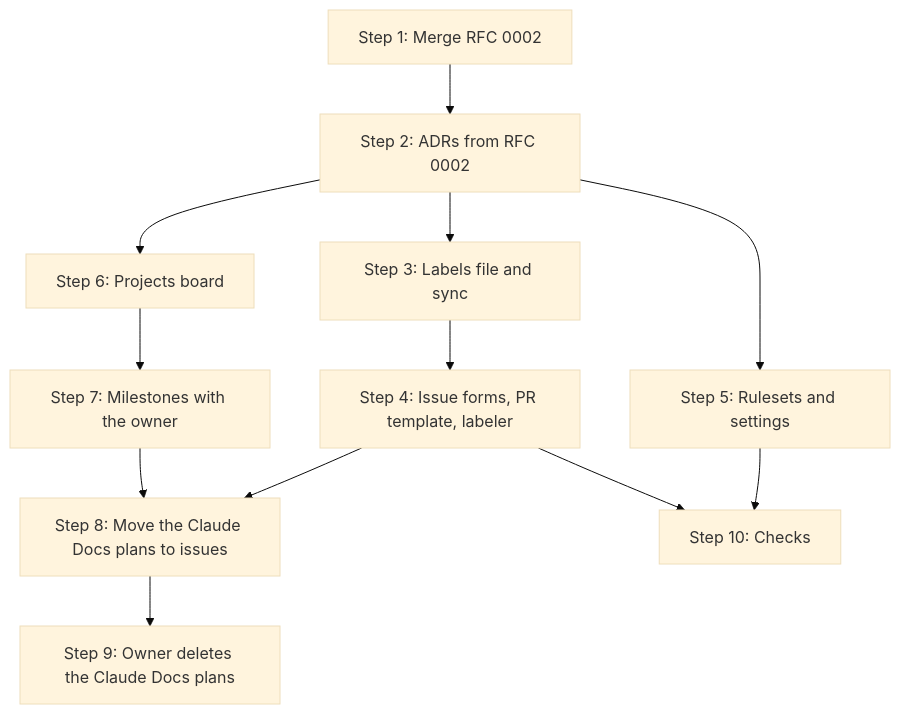
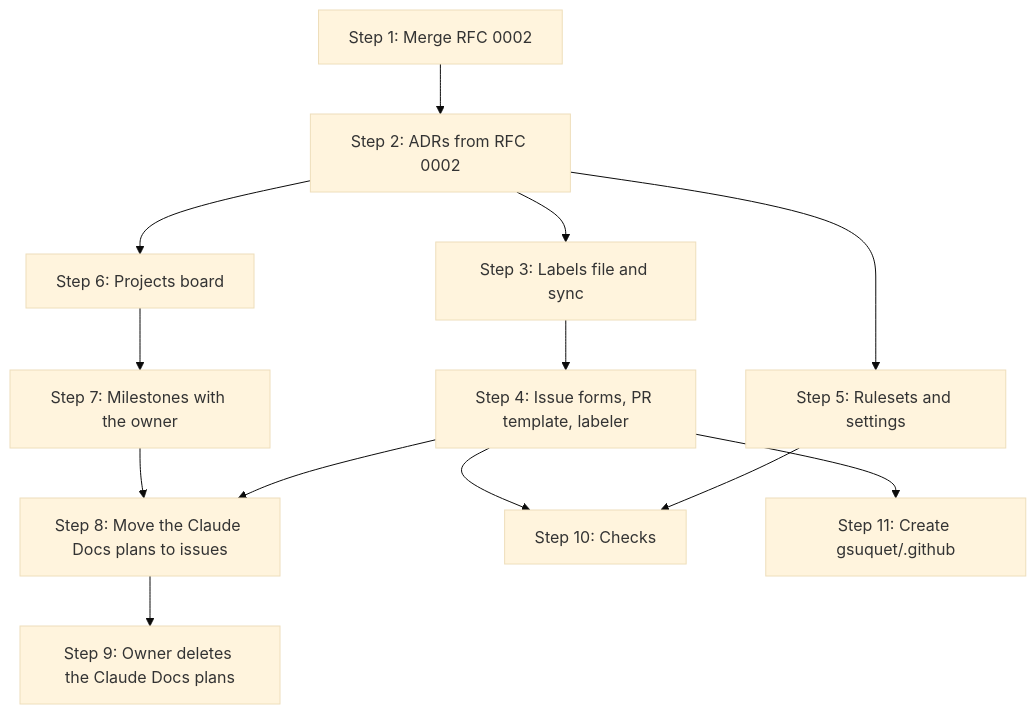
Before and after one commit to gsuquet/homelab: the seventh of 7 diagrams in docs/records/rfcs/0002-how-we-work.md, drawn with Mermaid (base theme). The commit also changed other lines of this file, not shown here.

````diff
--- a/docs/records/rfcs/0002-how-we-work.md
+++ b/docs/records/rfcs/0002-how-we-work.md
@@ -609,14 +615,15 @@
 ```mermaid
 flowchart TD
     A[Step 1: Merge RFC 0002] --> B[Step 2: ADRs from RFC 0002]
     B --> C[Step 3: Labels file and sync]
     C --> D[Step 4: Issue forms, PR template, labeler]
     B --> E[Step 5: Rulesets and settings]
     B --> F[Step 6: Projects board]
     F --> G[Step 7: Milestones with the owner]
     D --> H[Step 8: Move the Claude Docs plans to issues]
     G --> H
     H --> I[Step 9: Owner deletes the Claude Docs plans]
     E --> J[Step 10: Checks]
     D --> J
+    D --> K[Step 11: Create gsuquet/.github]
 ```
````
